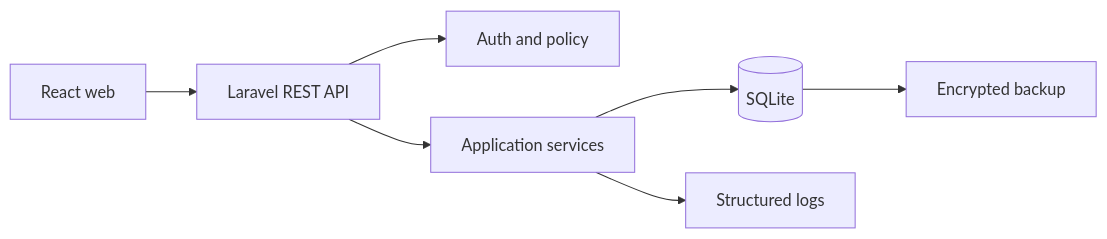
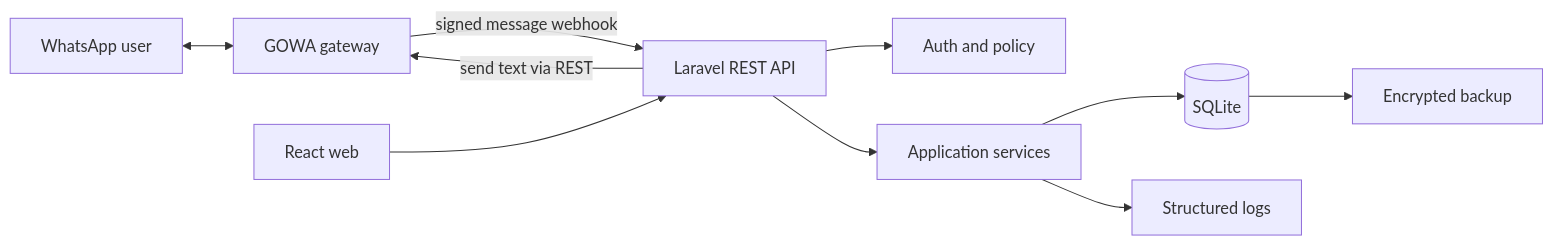
One commit to mario-005/Capstone-Runtime-Error changed the diagram in docs/architecture.md. Above: the diagram before and after it, drawn with Mermaid. The commit also changed other lines of this file and 38 other files, not shown here.

````diff
--- a/docs/architecture.md
+++ b/docs/architecture.md
@@ -7,9 +7,12 @@
 ```mermaid
 flowchart LR
+ WhatsApp[WhatsApp user] <--> GOWA[GOWA gateway]
+ GOWA -->|signed message webhook| API
+ API -->|send text via REST| GOWA
  Browser[React web] --> API[Laravel REST API]
  API --> Auth[Auth and policy]
  API --> Domain[Application services]
  Domain --> DB[(SQLite)]
  Domain --> Log[Structured logs]
  DB --> Backup[Encrypted backup]
 ```
````
